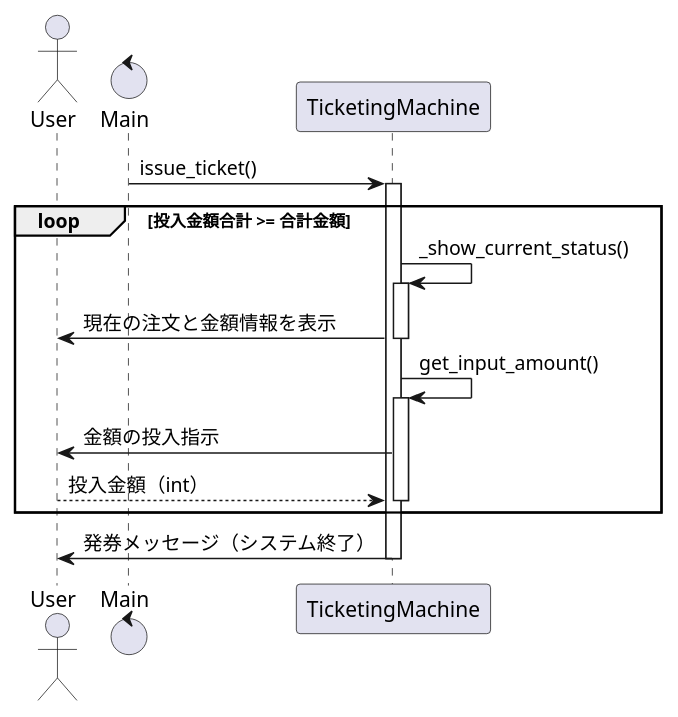
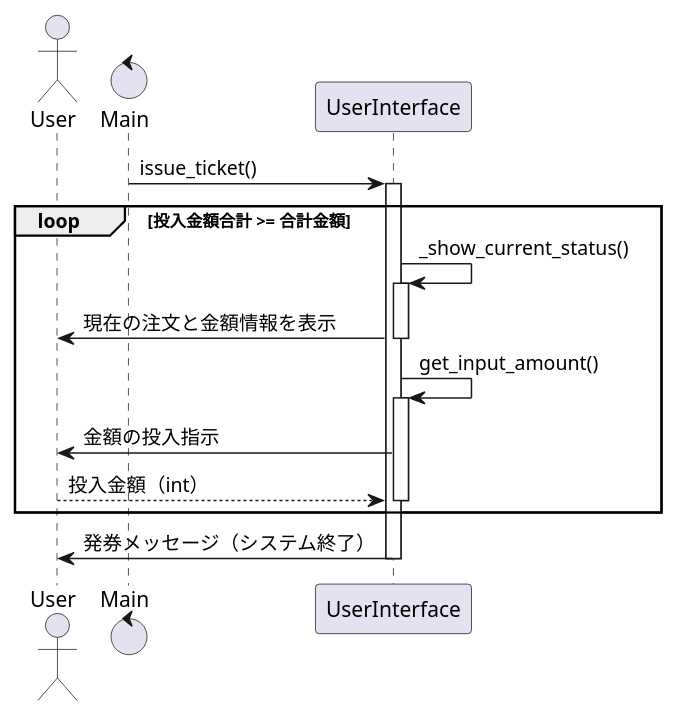
One commit to Design-Practice-Team/design changed the seventh of 7 diagrams in AP_H31_Spring_PM03/Suzuki/try1/ticket_machine.md. Above: the diagram before and after it, drawn with PlantUML. The commit also changed other lines of this file and 5 other files, not shown here.

````diff
--- a/AP_H31_Spring_PM03/Suzuki/try1/ticket_machine.md
+++ b/AP_H31_Spring_PM03/Suzuki/try1/ticket_machine.md
@@ -309,26 +309,26 @@
 ```plantuml
 @startuml
 actor User
 control Main
-participant TicketingMachine
+participant UserInterface
 
-Main -> TicketingMachine : issue_ticket()
-activate TicketingMachine
+Main -> UserInterface : issue_ticket()
+activate UserInterface
 loop 投入金額合計 >= 合計金額
-    TicketingMachine -> TicketingMachine : _show_current_status()
-    activate TicketingMachine
-    TicketingMachine -> User : 現在の注文と金額情報を表示
-    deactivate TicketingMachine
+    UserInterface -> UserInterface : _show_current_status()
+    activate UserInterface
+    UserInterface -> User : 現在の注文と金額情報を表示
+    deactivate UserInterface
     
-    TicketingMachine -> TicketingMachine : get_input_amount()
-    activate TicketingMachine
-    TicketingMachine -> User : 金額の投入指示
-    User --> TicketingMachine : 投入金額（int）
-    deactivate TicketingMachine
+    UserInterface -> UserInterface : get_input_amount()
+    activate UserInterface
+    UserInterface -> User : 金額の投入指示
+    User --> UserInterface : 投入金額（int）
+    deactivate UserInterface
 end
-TicketingMachine -> User : 発券メッセージ（システム終了）
-deactivate TicketingMachine
+UserInterface -> User : 発券メッセージ（システム終了）
+deactivate UserInterface
 
 
 @enduml
 ```
````
